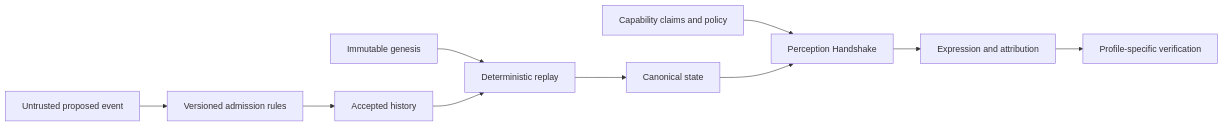
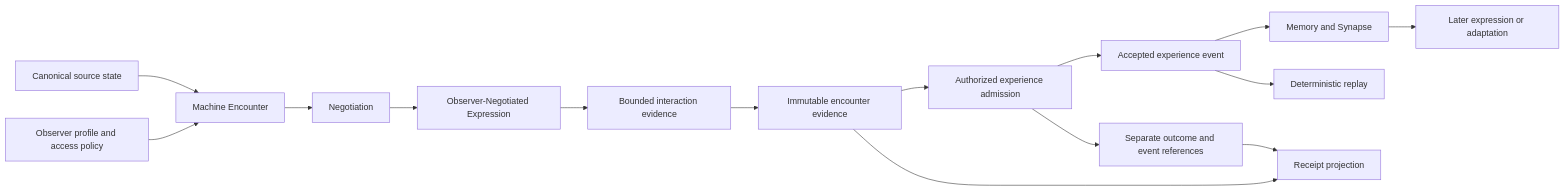
The diagram in docs/features/genesis_organism/genesis_organism_total_spec.md (cksdnr1/genesis-organism), drawn with Mermaid before and after one commit. The commit also changed other lines of this file and 79 other files, not shown here.

````diff
--- a/docs/features/genesis_organism/genesis_organism_total_spec.md
+++ b/docs/features/genesis_organism/genesis_organism_total_spec.md
@@ -112,12 +146,17 @@
 ```mermaid
 flowchart LR
-  Proposal[Untrusted proposed event] --> Admission[Versioned admission rules]
-  Genesis[Immutable genesis] --> Replay[Deterministic replay]
-  Admission --> History[Accepted history]
-  History --> Replay
-  Replay --> State[Canonical state]
-  Observer[Capability claims and policy] --> Negotiate[Perception Handshake]
-  State --> Negotiate
-  Negotiate --> Expression[Expression and attribution]
-  Expression --> Verify[Profile-specific verification]
+  State[Canonical source state] --> Encounter[Machine Encounter]
+  Observer[Observer profile and access policy] --> Encounter
+  Encounter --> Negotiation[Negotiation]
+  Negotiation --> Expression[Observer-Negotiated Expression]
+  Expression --> Interaction[Bounded interaction evidence]
+  Interaction --> Evidence[Immutable encounter evidence]
+  Evidence --> Admission[Authorized experience admission]
+  Admission --> Event[Accepted experience event]
+  Event --> Memory[Memory and Synapse]
+  Memory --> Later[Later expression or adaptation]
+  Event --> Replay[Deterministic replay]
+  Admission --> Outcome[Separate outcome and event references]
+  Evidence --> Receipt[Receipt projection]
+  Outcome --> Receipt
 ```
````
